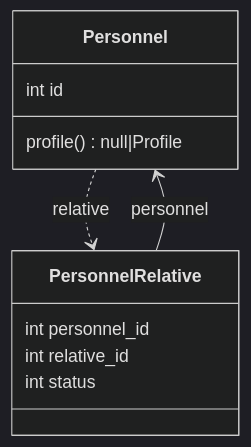
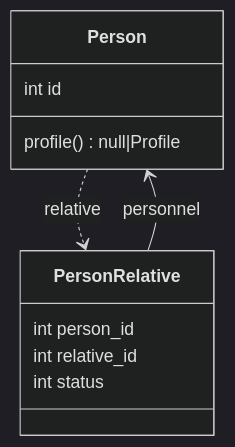
Before and after one commit to creasico/laravel-base: the fifth of 7 diagrams in database/README.md, drawn with Mermaid (dark theme). The commit also changed other lines of this file and 98 other files, not shown here.

````diff
--- a/database/README.md
+++ b/database/README.md
@@ -312,15 +307,15 @@
 ```mermaid
 classDiagram
-    Personnel ..> PersonnelRelative : relative
-    PersonnelRelative --> Personnel : personnel
+    Person ..> PersonRelative : relative
+    PersonRelative --> Person : personnel
 
-    class Personnel {
+    class Person {
         int id
         profile() null|Profile
     }
-    class PersonnelRelative {
-        int personnel_id
+    class PersonRelative {
+        int person_id
         int relative_id
         int status
     }
 ```
````
